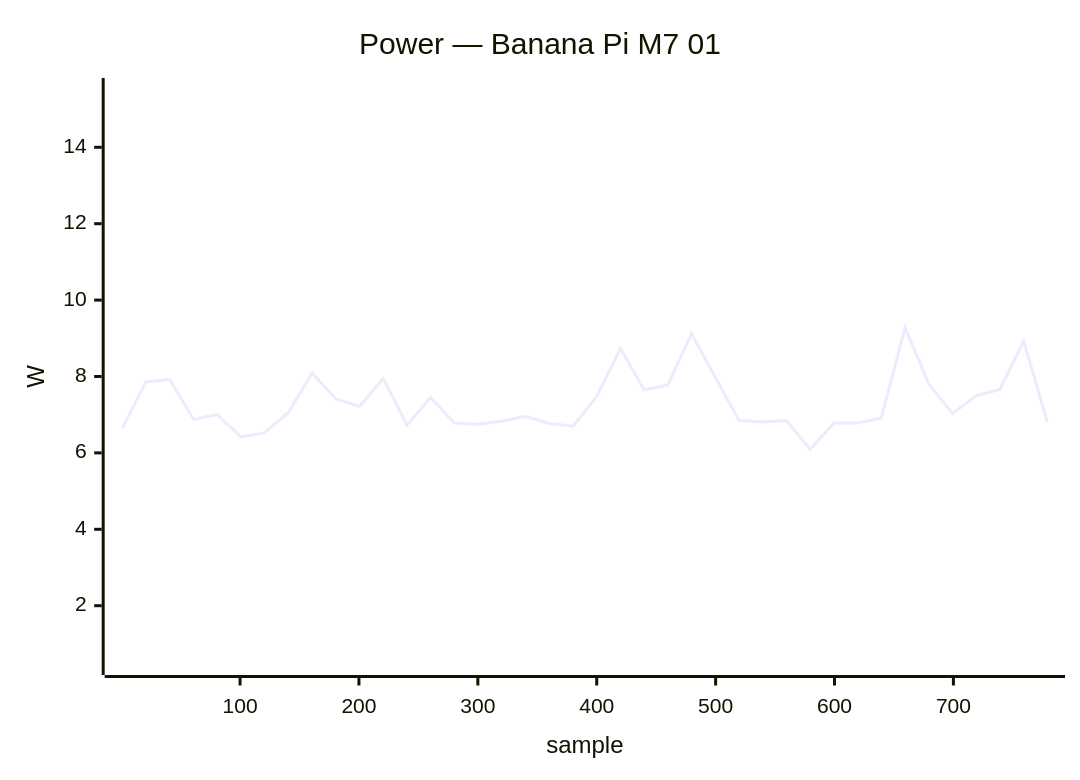
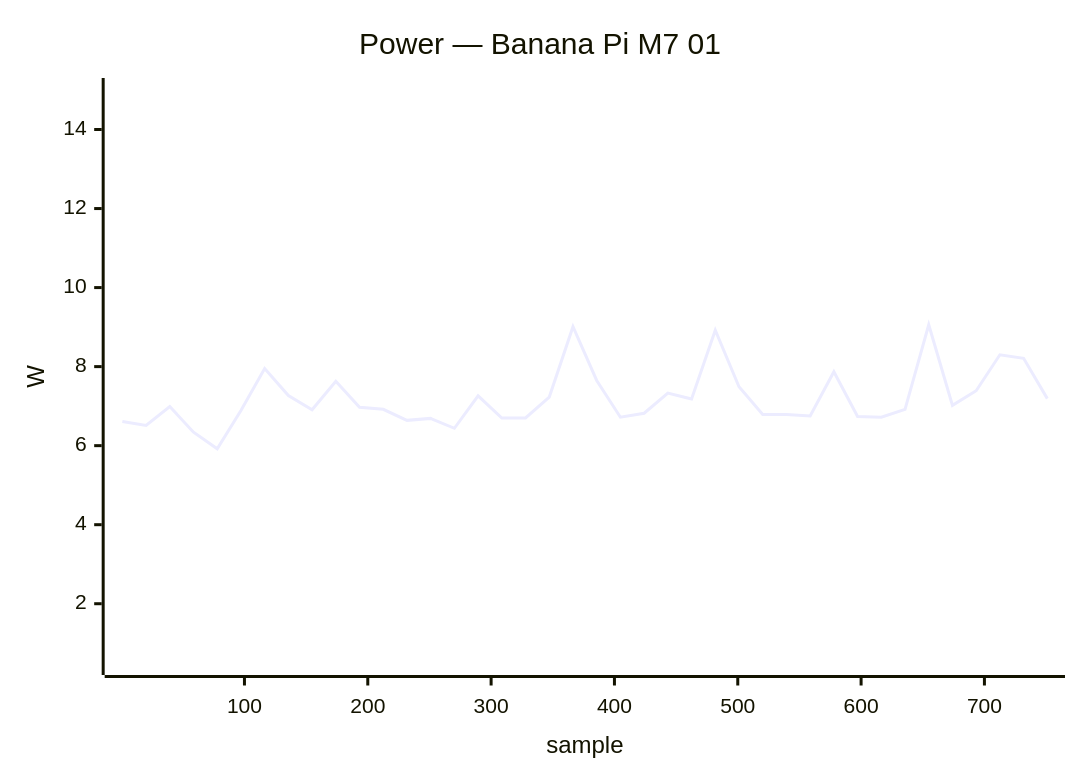
The ninth of 40 diagrams in docs/status/board-tests.md (armbian/documentation), drawn with Mermaid before and after one commit. The commit also changed other lines of this file, not shown here.

````diff
--- a/docs/status/board-tests.md
+++ b/docs/status/board-tests.md
@@ -418,7 +418,7 @@
 ```mermaid
 xychart-beta
     title "Power — Banana Pi M7 01"
-    x-axis "sample" 1 --> 779
-    y-axis "W" 0.5 --> 15.5
-    line [6.65, 7.86, 7.92, 6.88, 7.00, 6.42, 6.53, 7.06, 8.09, 7.41, 7.22, 7.95, 6.73, 7.45, 6.78, 6.75, 6.83, 6.96, 6.77, 6.70, 7.48, 8.73, 7.65, 7.78, 9.12, 7.98, 6.85, 6.81, 6.85, 6.09, 6.78, 6.78, 6.91, 9.28, 7.81, 7.03, 7.50, 7.66, 8.93, 6.81]
+    x-axis "sample" 1 --> 751
+    y-axis "W" 0.5 --> 15.0
+    line [6.61, 6.51, 6.99, 6.34, 5.92, 6.89, 7.95, 7.27, 6.91, 7.63, 6.97, 6.92, 6.64, 6.69, 6.44, 7.26, 6.70, 6.70, 7.23, 9.01, 7.65, 6.72, 6.82, 7.33, 7.18, 8.92, 7.49, 6.79, 6.79, 6.75, 7.87, 6.74, 6.72, 6.92, 9.06, 7.02, 7.39, 8.30, 8.21, 7.19]
 ```
````
